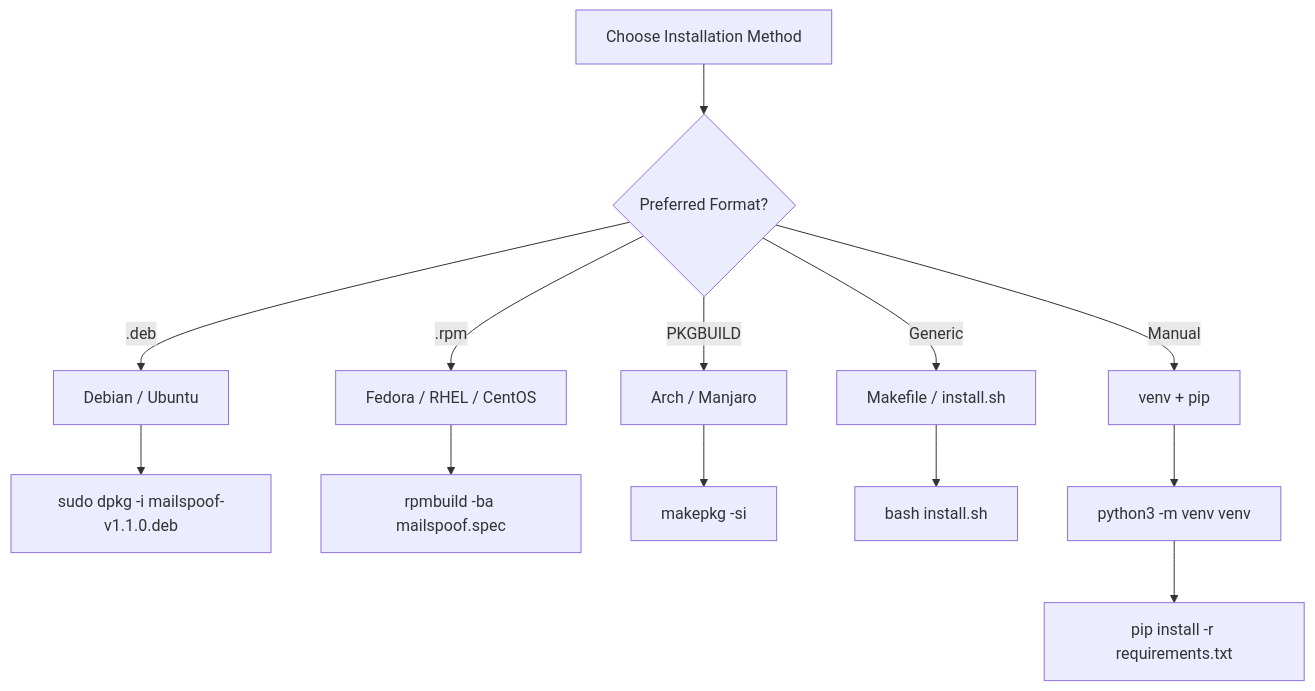
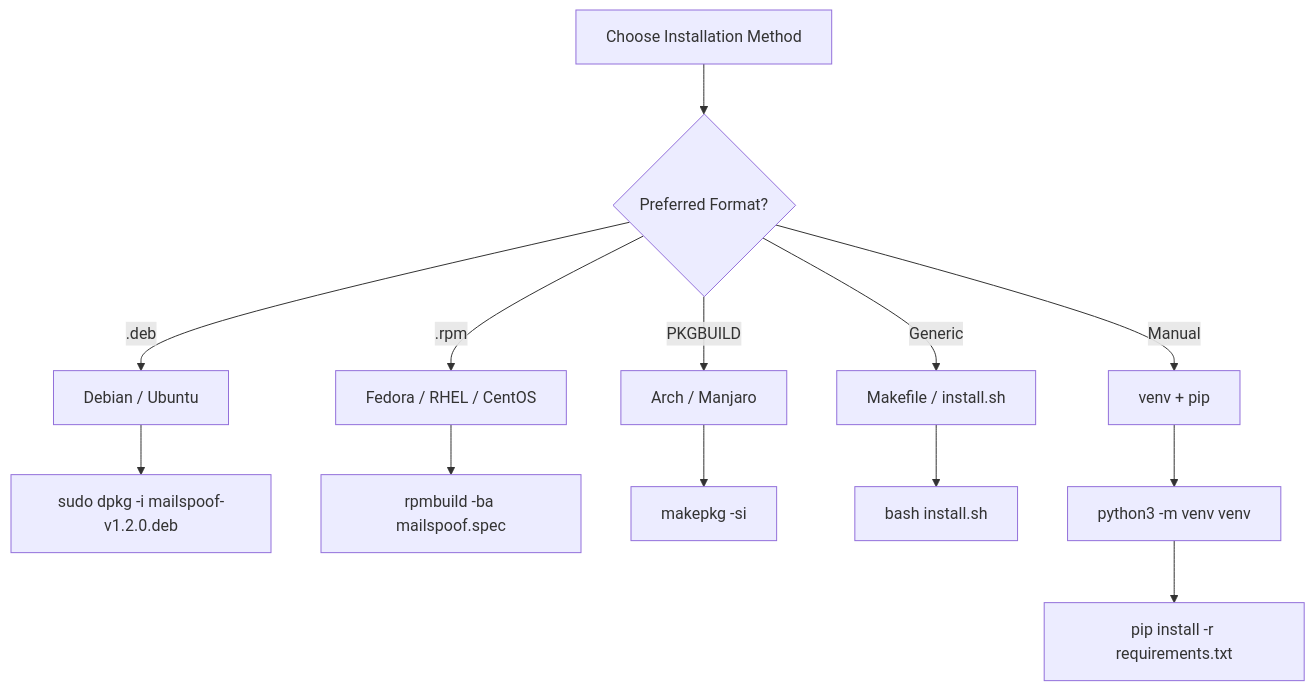
One commit to syed-sameer-ul-hassan/MailSpoof changed the diagram in docs/DEPLOYMENT.md. Above: the diagram before and after it, drawn with Mermaid. The commit also changed other lines of this file and 38 other files, not shown here.

````diff
--- a/docs/DEPLOYMENT.md
+++ b/docs/DEPLOYMENT.md
@@ -9,15 +9,15 @@
 ```mermaid
 flowchart TD
     A[Choose Installation Method] --> B{Preferred Format?}
     B -->|.deb| C[Debian / Ubuntu]
     B -->|.rpm| D[Fedora / RHEL / CentOS]
     B -->|PKGBUILD| E[Arch / Manjaro]
     B -->|Generic| F[Makefile / install.sh]
     B -->|Manual| G[venv + pip]
-    C --> C1[sudo dpkg -i mailspoof-v1.1.0.deb]
+    C --> C1[sudo dpkg -i mailspoof-v1.2.0.deb]
     D --> D1[rpmbuild -ba mailspoof.spec]
     E --> E1[makepkg -si]
     F --> F1[bash install.sh]
     G --> G1[python3 -m venv venv]
     G1 --> G2[pip install -r requirements.txt]
 ```
````
